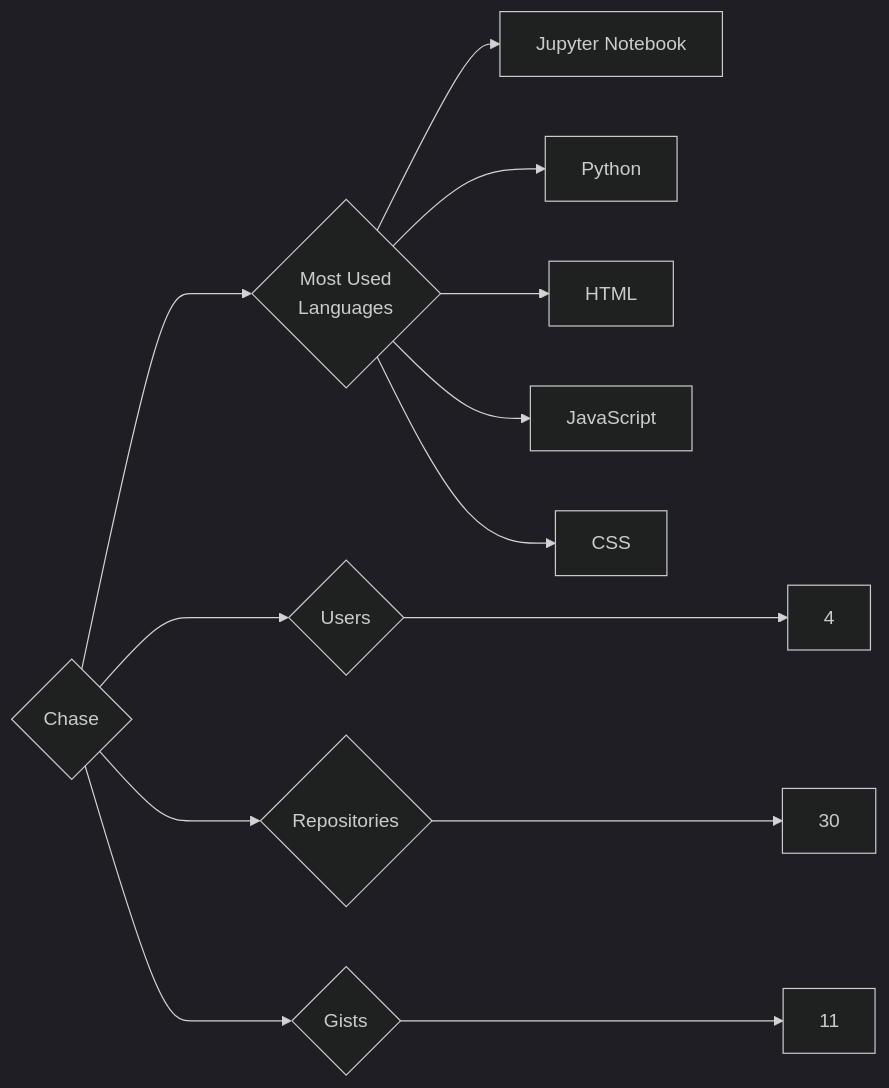
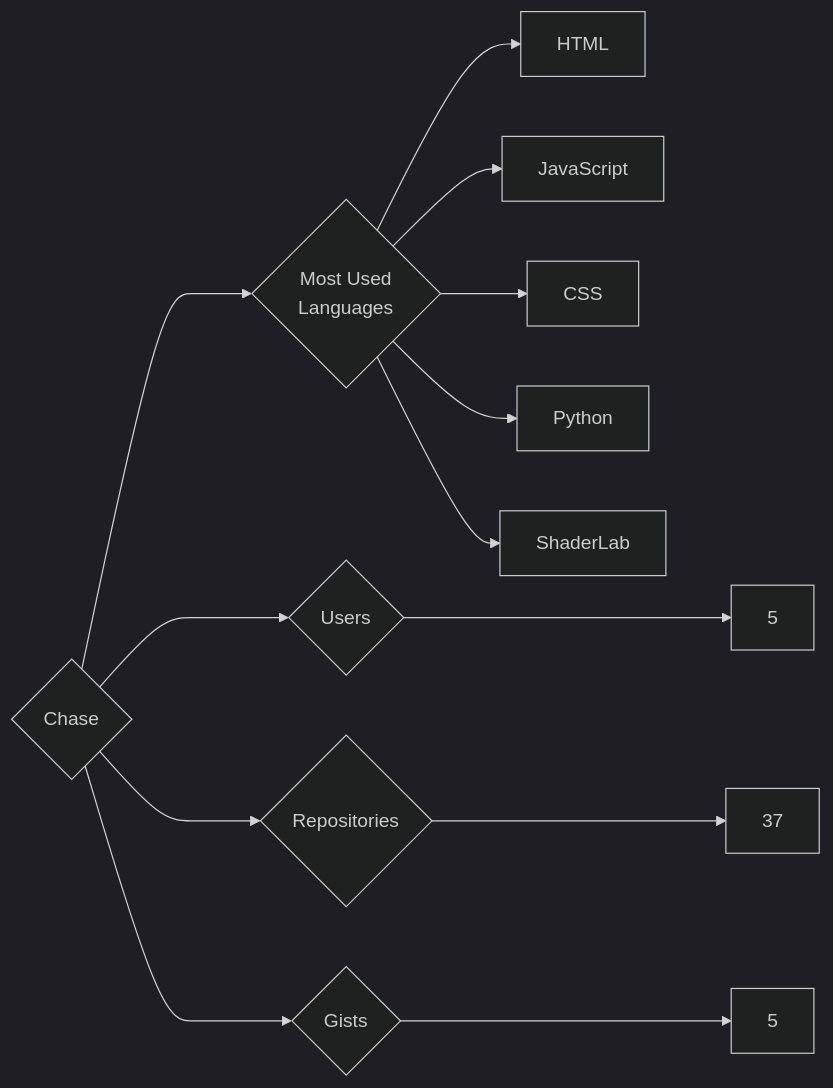
Before and after one commit to trickest/insiders: the diagram in targets/Chase/README.md, drawn with Mermaid (dark theme). The commit also changed 933 other files, not shown here.

````diff
--- a/targets/Chase/README.md
+++ b/targets/Chase/README.md
@@ -3,13 +3,13 @@
 ```mermaid
 graph LR
 COMPANY_NAME{Chase}
-COMPANY_NAME ---> U{Users} ---> UN[4]
-COMPANY_NAME ---> R{Repositories} ---> RN[30]
-COMPANY_NAME ---> G{Gists} ---> GN[11]
+COMPANY_NAME ---> U{Users} ---> UN[5]
+COMPANY_NAME ---> R{Repositories} ---> RN[37]
+COMPANY_NAME ---> G{Gists} ---> GN[5]
 COMPANY_NAME ---> ML{Most Used<br>Languages}
-ML --> Jupyter_Notebook[Jupyter Notebook]
-ML --> Python[Python]
 ML --> HTML[HTML]
 ML --> JavaScript[JavaScript]
 ML --> CSS[CSS]
+ML --> Python[Python]
+ML --> ShaderLab[ShaderLab]
 ```
````
